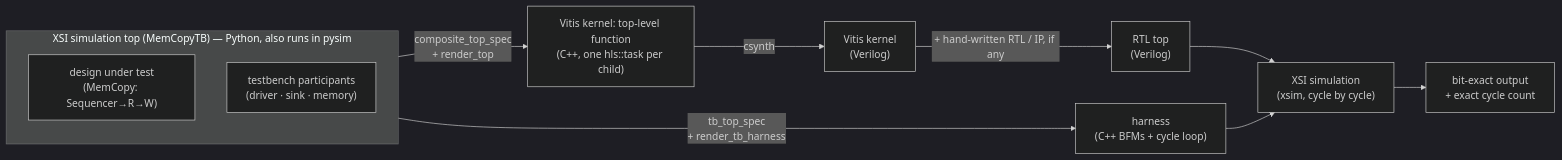
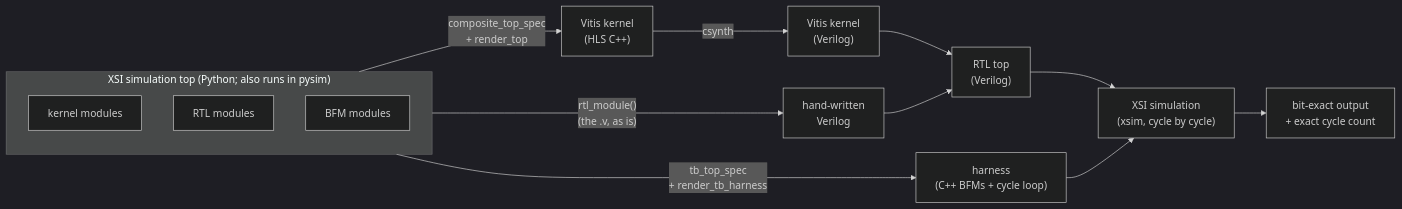
The diagram in docs/guide/flows/concurrent_flowsteps.md (sdrangan/waveflow), drawn with Mermaid (dark theme) before and after one commit. The commit also changed other lines of this file and 2 other files, not shown here.

First line of the commit message:
docs(flows): name the three module roles -- kernel / RTL / BFM module -- and redraw the flow

````diff
--- a/docs/guide/flows/concurrent_flowsteps.md
+++ b/docs/guide/flows/concurrent_flowsteps.md
@@ -30,17 +24,20 @@
 ```mermaid
 flowchart LR
-  subgraph py["XSI simulation top (MemCopyTB) — Python, also runs in pysim"]
+  subgraph py["XSI simulation top (Python; also runs in pysim)"]
     direction TB
-    DUT["design under test<br/>(MemCopy: Sequencer→R→W)"]
-    PART["testbench participants<br/>(driver · sink · memory)"]
+    KM["kernel modules"]
+    RM["RTL modules"]
+    BM["BFM modules"]
   end
 
-  DUT -->|"composite_top_spec<br/>+ render_top"| TOP["Vitis kernel: top-level function<br/>(C++, one hls::task per child)"]
-  TOP -->|"csynth"| KV["Vitis kernel<br/>(Verilog)"]
-  KV -->|"+ hand-written RTL / IP, if any"| RT["RTL top<br/>(Verilog)"]
-  py -->|"tb_top_spec<br/>+ render_tb_harness"| HARN["harness<br/>(C++ BFMs + cycle loop)"]
+  KM -->|"composite_top_spec<br/>+ render_top"| HLS["Vitis kernel<br/>(HLS C++)"]
+  HLS -->|"csynth"| KV["Vitis kernel<br/>(Verilog)"]
+  RM -->|"rtl_module()<br/>(the .v, as is)"| HV["hand-written<br/>Verilog"]
+  KV --> RT["RTL top<br/>(Verilog)"]
+  HV --> RT
+  BM -->|"tb_top_spec<br/>+ render_tb_harness"| HARN["harness<br/>(C++ BFMs + cycle loop)"]
 
   RT --> XSI["XSI simulation<br/>(xsim, cycle by cycle)"]
   HARN --> XSI
   XSI --> CHK["bit-exact output<br/>+ exact cycle count"]
 ```
````
